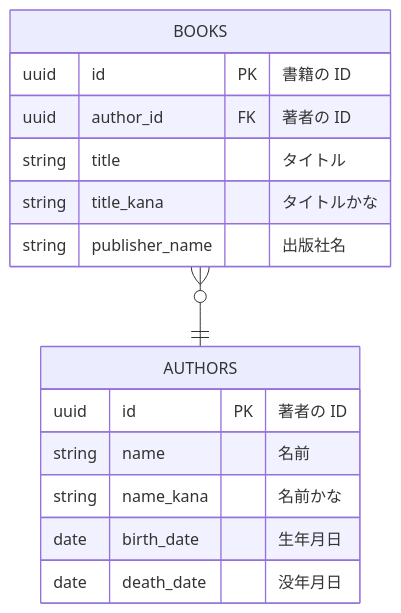
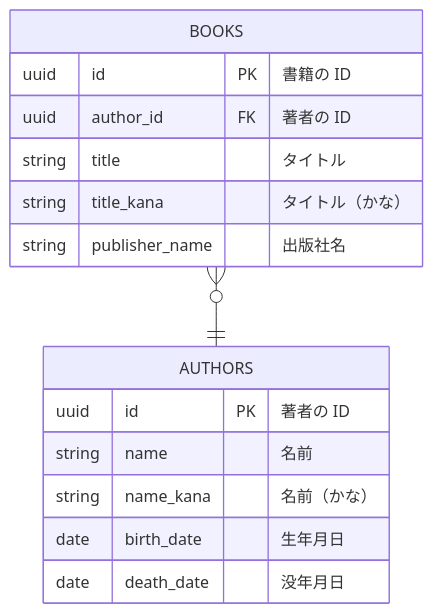
Before and after one commit to ssaito-git/book-service: the diagram in README.md, drawn with Mermaid.

Commit message:
データモデルの文言を修正

````diff
--- a/README.md
+++ b/README.md
@@ -25,20 +25,20 @@
 ```mermaid
 erDiagram
   BOOKS {
     uuid id PK "書籍の ID"
     uuid author_id FK "著者の ID"
     string title "タイトル"
-    string title_kana "タイトルかな"
+    string title_kana "タイトル（かな）"
     string publisher_name "出版社名"
   }
 
   AUTHORS {
     uuid id PK "著者の ID"
     string name "名前"
-    string name_kana "名前かな"
+    string name_kana "名前（かな）"
     date birth_date "生年月日"
     date death_date "没年月日"
   }
 
   BOOKS }o--|| AUTHORS : ""
 ```
````
